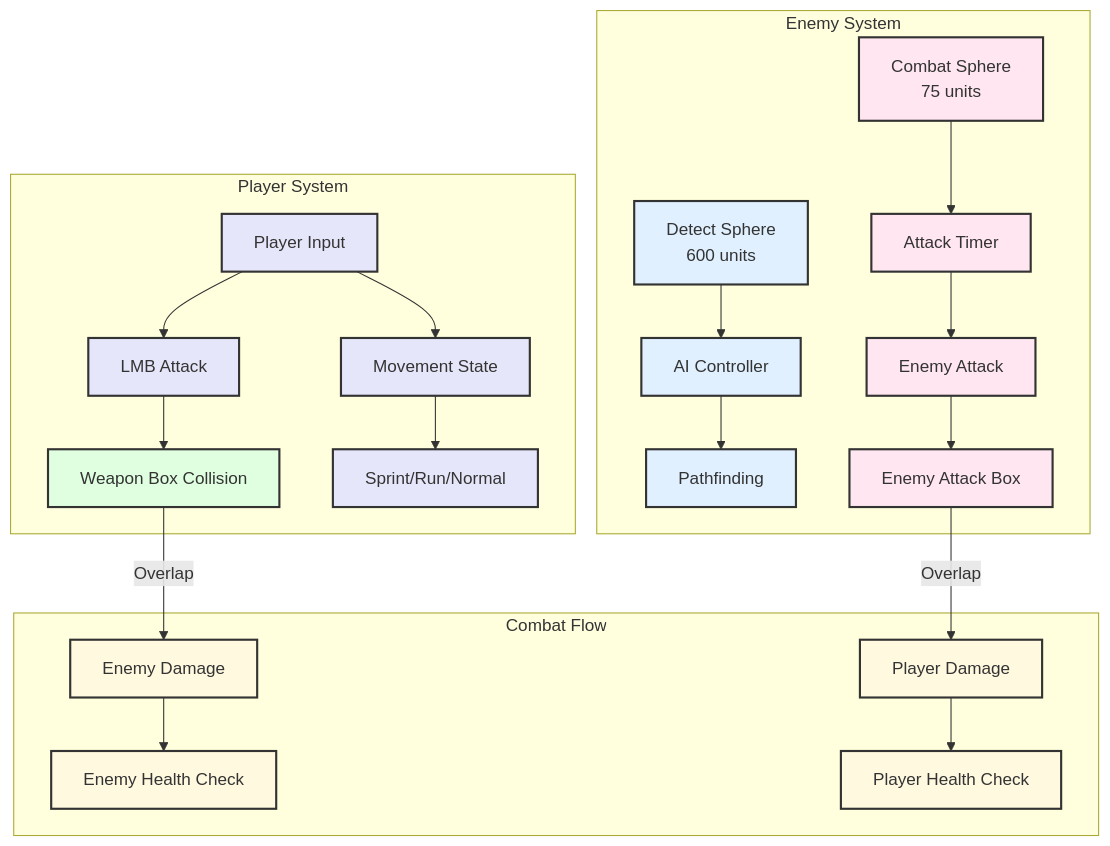
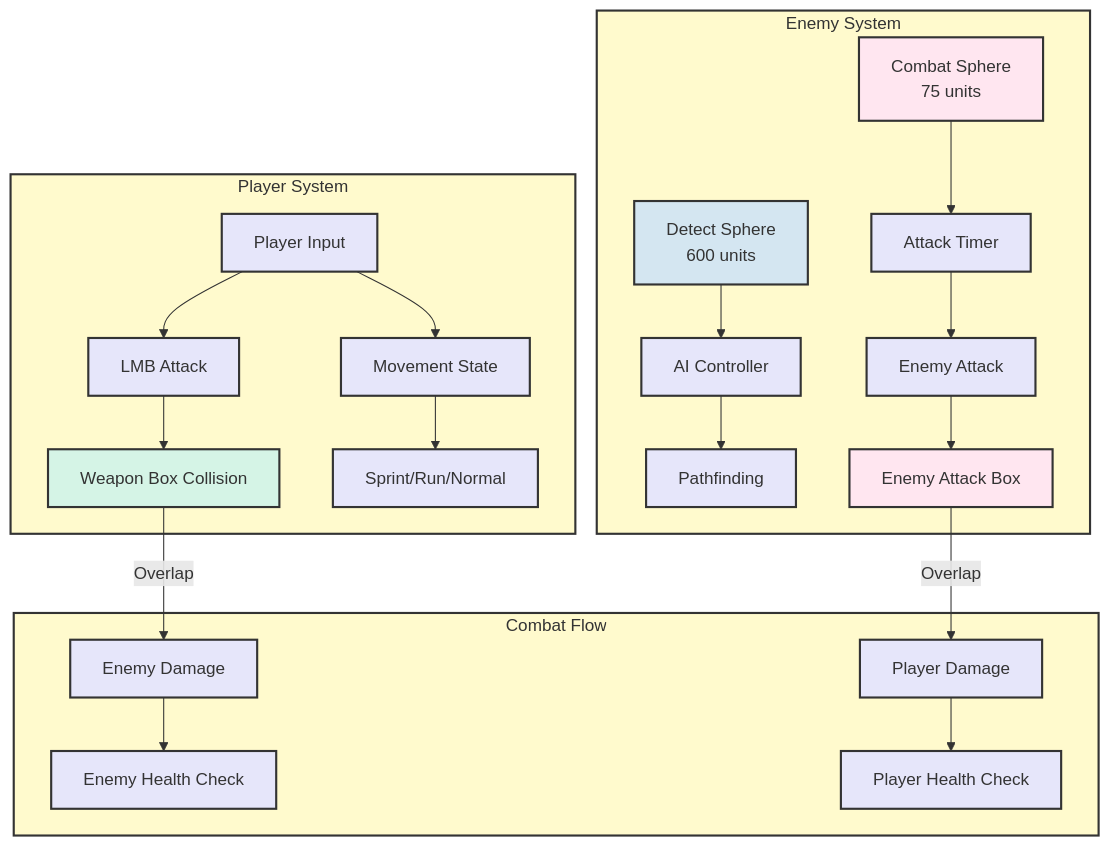
The diagram in README.md (Sayan11071998/Monster-Kingdom), drawn with Mermaid before and after one commit.

````diff
--- a/README.md
+++ b/README.md
@@ -15,56 +15,59 @@
 ```mermaid
 flowchart TD
     subgraph PlayerSystem["Player System"]
         PlayerInput[Player Input]
         LMBAttack[LMB Attack]
         MovementState[Movement State]
         WeaponBoxCollision[Weapon Box Collision]
         SprintRunNormal[Sprint/Run/Normal]
         
         PlayerInput --> LMBAttack
         PlayerInput --> MovementState
         LMBAttack --> WeaponBoxCollision
         MovementState --> SprintRunNormal
     end
     
     subgraph EnemySystem["Enemy System"]
         CombatSphere[Combat Sphere<br/>75 units]
         DetectSphere[Detect Sphere<br/>600 units]
         AttackTimer[Attack Timer]
         AIController[AI Controller]
         EnemyAttack[Enemy Attack]
         Pathfinding[Pathfinding]
         EnemyAttackBox[Enemy Attack Box]
         
         CombatSphere --> AttackTimer
         DetectSphere --> AIController
         AIController --> Pathfinding
         AttackTimer --> EnemyAttack
         EnemyAttack --> EnemyAttackBox
     end
     
     subgraph CombatFlow["Combat Flow"]
         EnemyDamage[Enemy Damage]
         EnemyHealthCheck[Enemy Health Check]
         PlayerDamage[Player Damage]
         PlayerHealthCheck[Player Health Check]
         
         EnemyDamage --> EnemyHealthCheck
         PlayerDamage --> PlayerHealthCheck
     end
     
     WeaponBoxCollision -->|Overlap| EnemyDamage
     EnemyAttackBox -->|Overlap| PlayerDamage
     
-    classDef playerStyle fill:#E6E6FA,stroke:#333,stroke-width:2px
-    classDef enemyStyle fill:#FFE6F0,stroke:#333,stroke-width:2px
-    classDef detectionStyle fill:#E0F0FF,stroke:#333,stroke-width:2px
-    classDef collisionStyle fill:#E0FFE0,stroke:#333,stroke-width:2px
-    classDef combatStyle fill:#FFF9E0,stroke:#333,stroke-width:2px
+    classDef pinkStyle fill:#FFE6F0,stroke:#333,stroke-width:2px
+    classDef purpleStyle fill:#E6E6FA,stroke:#333,stroke-width:2px
+    classDef blueStyle fill:#D4E6F1,stroke:#333,stroke-width:2px
+    classDef greenStyle fill:#D5F4E6,stroke:#333,stroke-width:2px
+    classDef yellowBg fill:#FFFACD,stroke:#333,stroke-width:2px
     
-    class PlayerInput,LMBAttack,MovementState,SprintRunNormal playerStyle
-    class CombatSphere,AttackTimer,EnemyAttack,EnemyAttackBox enemyStyle
-    class DetectSphere,AIController,Pathfinding detectionStyle
-    class WeaponBoxCollision collisionStyle
-    class EnemyDamage,EnemyHealthCheck,PlayerDamage,PlayerHealthCheck combatStyle
+    class CombatSphere,EnemyAttackBox pinkStyle
+    class PlayerInput,LMBAttack,MovementState,SprintRunNormal,AttackTimer,EnemyAttack,AIController,Pathfinding,EnemyDamage,EnemyHealthCheck,PlayerDamage,PlayerHealthCheck purpleStyle
+    class DetectSphere blueStyle
+    class WeaponBoxCollision greenStyle
+    
+    style PlayerSystem fill:#FFFACD,stroke:#333,stroke-width:2px
+    style EnemySystem fill:#FFFACD,stroke:#333,stroke-width:2px
+    style CombatFlow fill:#FFFACD,stroke:#333,stroke-width:2px
 ```
````
